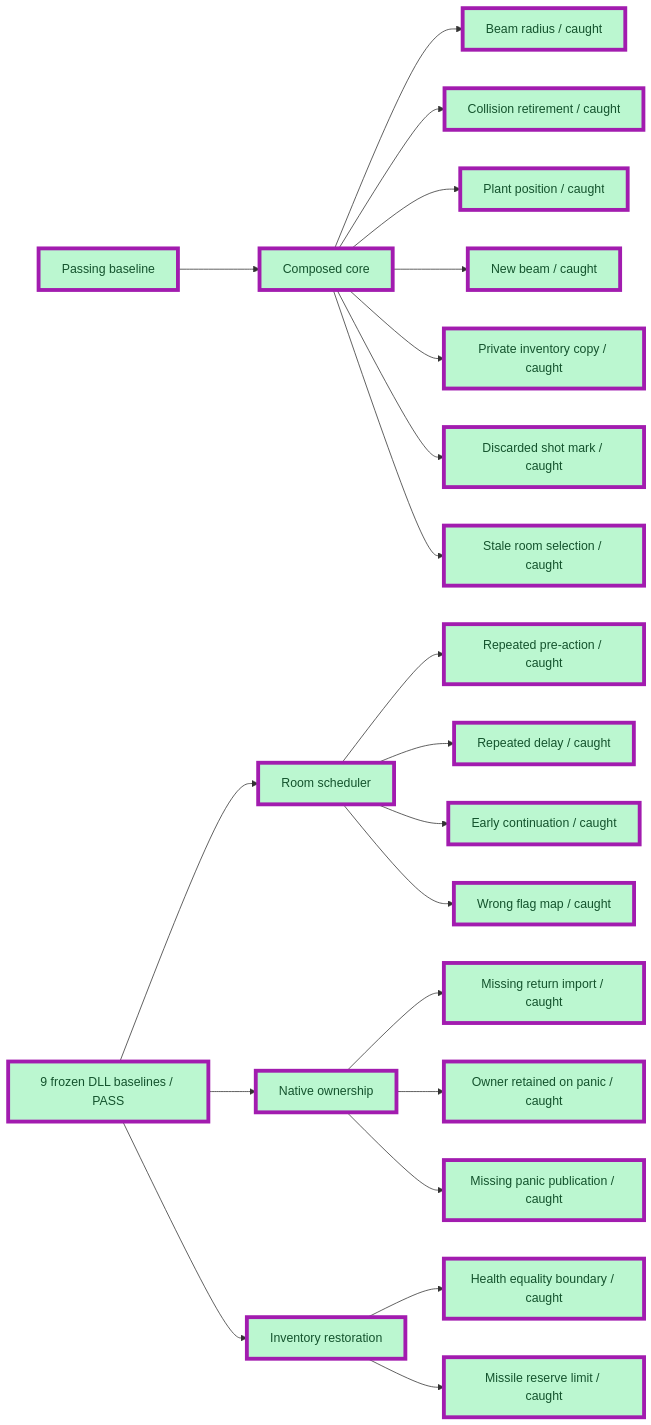
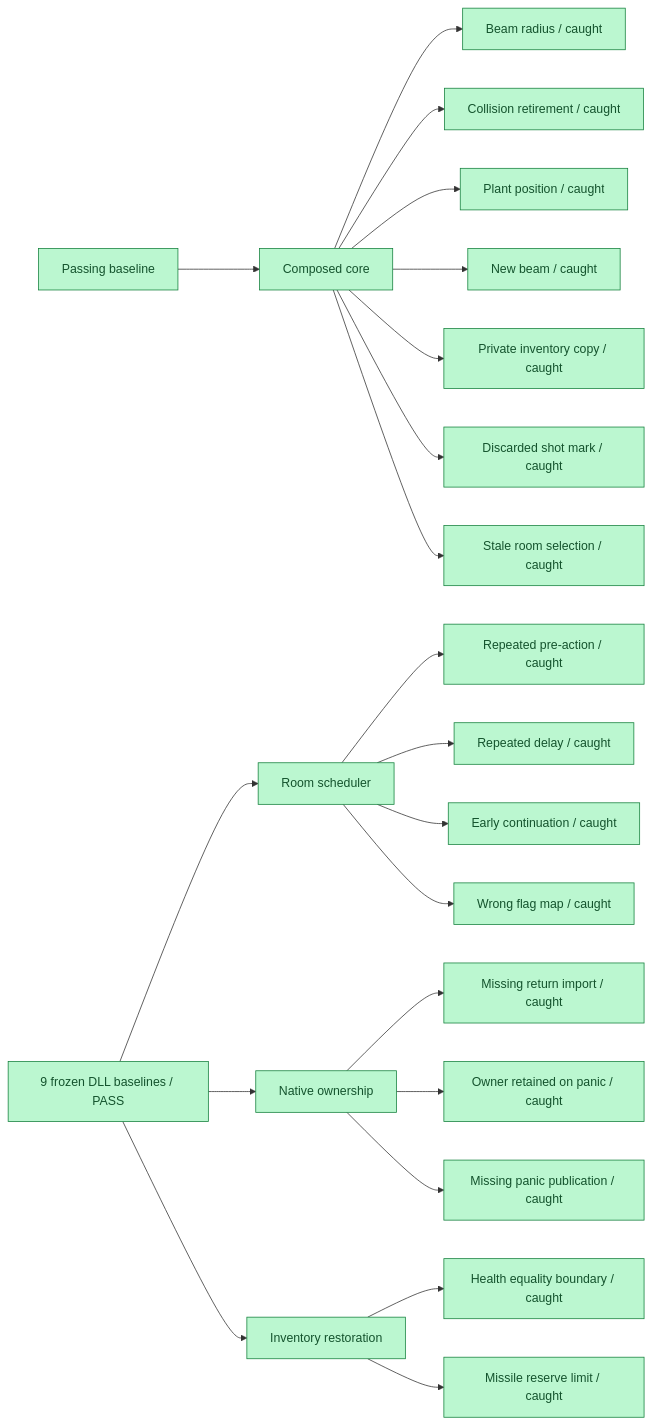
Before and after one commit to JimLundin/sm-decomp: the third of 15 diagrams in PROGRESS.md, drawn with Mermaid. The commit also changed other lines of this file and 67 other files, not shown here.

````diff
--- a/PROGRESS.md
+++ b/PROGRESS.md
@@ -87,28 +85,27 @@
 ```mermaid
 flowchart LR
     B["Passing baseline"]:::done --> C["Composed core"]:::done
     C --> C1["Beam radius / caught"]:::done
     C --> C2["Collision retirement / caught"]:::done
     C --> C3["Plant position / caught"]:::done
     C --> C4["New beam / caught"]:::done
     C --> C5["Private inventory copy / caught"]:::done
     C --> C6["Discarded shot mark / caught"]:::done
     C --> C7["Stale room selection / caught"]:::done
     D["9 frozen DLL baselines / PASS"]:::done --> R["Room scheduler"]:::done
     R --> R1["Repeated pre-action / caught"]:::done
     R --> R2["Repeated delay / caught"]:::done
     R --> R3["Early continuation / caught"]:::done
     R --> R4["Wrong flag map / caught"]:::done
     D --> N["Native ownership"]:::done
     N --> N1["Missing return import / caught"]:::done
     N --> N2["Owner retained on panic / caught"]:::done
     N --> N3["Missing panic publication / caught"]:::done
     D --> I["Inventory restoration"]:::done
     I --> I1["Health equality boundary / caught"]:::done
     I --> I2["Missile reserve limit / caught"]:::done
-    class B,C,C1,C2,C3,C4,C5,C6,C7,D,R,R1,R2,R3,R4,N,N1,N2,N3,I,I1,I2 changed
     classDef done fill:#bbf7d0,stroke:#15803d,color:#14532d
     classDef active fill:#fed7aa,stroke:#ea580c,color:#7c2d12
     classDef pending fill:#f1f5f9,stroke:#94a3b8,color:#475569,stroke-dasharray:5 5
     classDef changed stroke:#a21caf,stroke-width:5px
 ```
````
